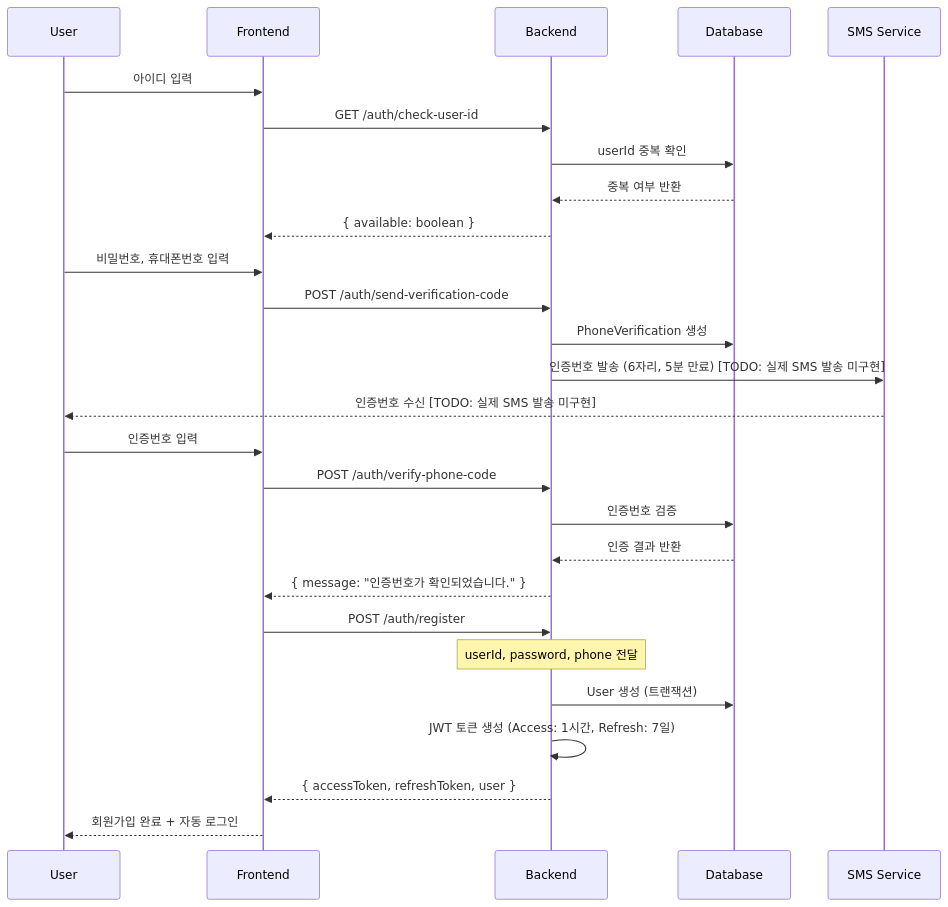
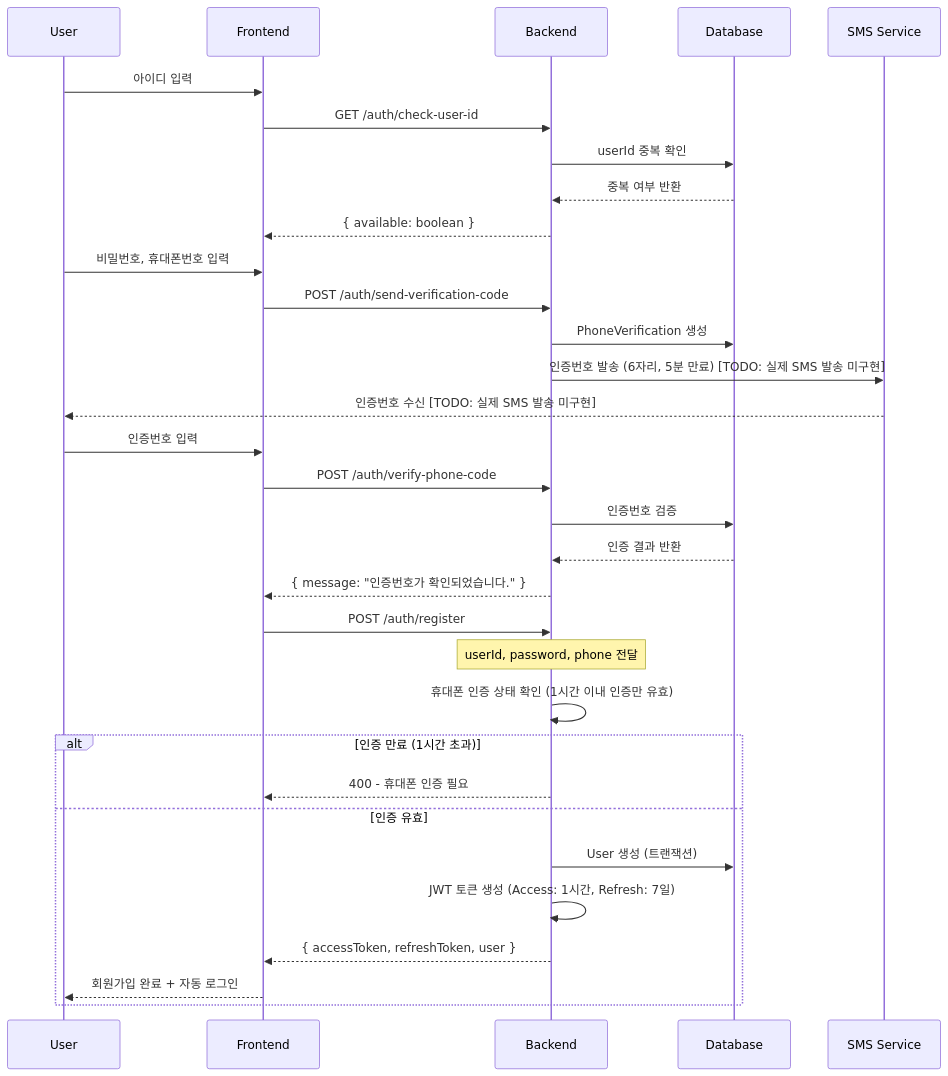
The second of 9 diagrams in apps/web-user/backend/docs/통합 로그인 및 회원가입 - 가이드.md (ServicePlayground/sweet-order), drawn with Mermaid before and after one commit. The commit also changed other lines of this file and 4 other files, not shown here.

Commit message:
[WEB-USER][BE][FEAT]: 휴대폰 인증 상태 확인 기능 추가 - 인증 완료 후 1시간 이내 유효성 검사 로직 구현, 관련 API 수정 및 Swagger 응답 데코레이터 추가

````diff
--- a/apps/web-user/backend/docs/통합 로그인 및 회원가입 - 가이드.md
+++ b/apps/web-user/backend/docs/통합 로그인 및 회원가입 - 가이드.md
@@ -104,33 +104,38 @@
 ```mermaid
 sequenceDiagram
     participant U as User
     participant F as Frontend
     participant B as Backend
     participant DB as Database
     participant SMS as SMS Service
 
     U->>F: 아이디 입력
     F->>B: GET /auth/check-user-id
     B->>DB: userId 중복 확인
     DB-->>B: 중복 여부 반환
     B-->>F: { available: boolean }
 
     U->>F: 비밀번호, 휴대폰번호 입력
     F->>B: POST /auth/send-verification-code
     B->>DB: PhoneVerification 생성
     B->>SMS: 인증번호 발송 (6자리, 5분 만료) [TODO: 실제 SMS 발송 미구현]
     SMS-->>U: 인증번호 수신 [TODO: 실제 SMS 발송 미구현]
 
     U->>F: 인증번호 입력
     F->>B: POST /auth/verify-phone-code
     B->>DB: 인증번호 검증
     DB-->>B: 인증 결과 반환
     B-->>F: { message: "인증번호가 확인되었습니다." }
 
     F->>B: POST /auth/register
     Note over B: userId, password, phone 전달
-    B->>DB: User 생성 (트랜잭션)
-    B->>B: JWT 토큰 생성 (Access: 1시간, Refresh: 7일)
-    B-->>F: { accessToken, refreshToken, user }
-    F-->>U: 회원가입 완료 + 자동 로그인
+    B->>B: 휴대폰 인증 상태 확인 (1시간 이내 인증만 유효)
+    alt 인증 만료 (1시간 초과)
+        B-->>F: 400 - 휴대폰 인증 필요
+    else 인증 유효
+        B->>DB: User 생성 (트랜잭션)
+        B->>B: JWT 토큰 생성 (Access: 1시간, Refresh: 7일)
+        B-->>F: { accessToken, refreshToken, user }
+        F-->>U: 회원가입 완료 + 자동 로그인
+    end
 ```
````
